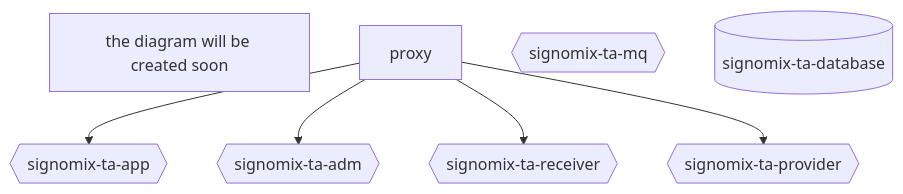
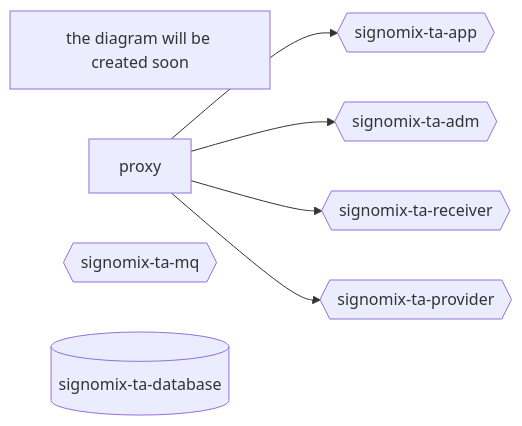
One commit to signomix/signomix changed the diagram in README.md. Above: the diagram before and after it, drawn with Mermaid.

````diff
--- a/README.md
+++ b/README.md
@@ -23,15 +23,15 @@
 ```mermaid
-flowchart TD
+flowchart LR
   info1[the diagram will be created soon]
   proxy
   ta-app{{signomix-ta-app}}
   ta-adm{{signomix-ta-adm}}
   ta-receiver{{signomix-ta-receiver}}
   ta-provider{{signomix-ta-provider}}
   ta-mq{{signomix-ta-mq}}
   ta-database[(signomix-ta-database)]
   proxy-->ta-app
   proxy --> ta-adm
   proxy --> ta-receiver
   proxy --> ta-provider
 ```
````
